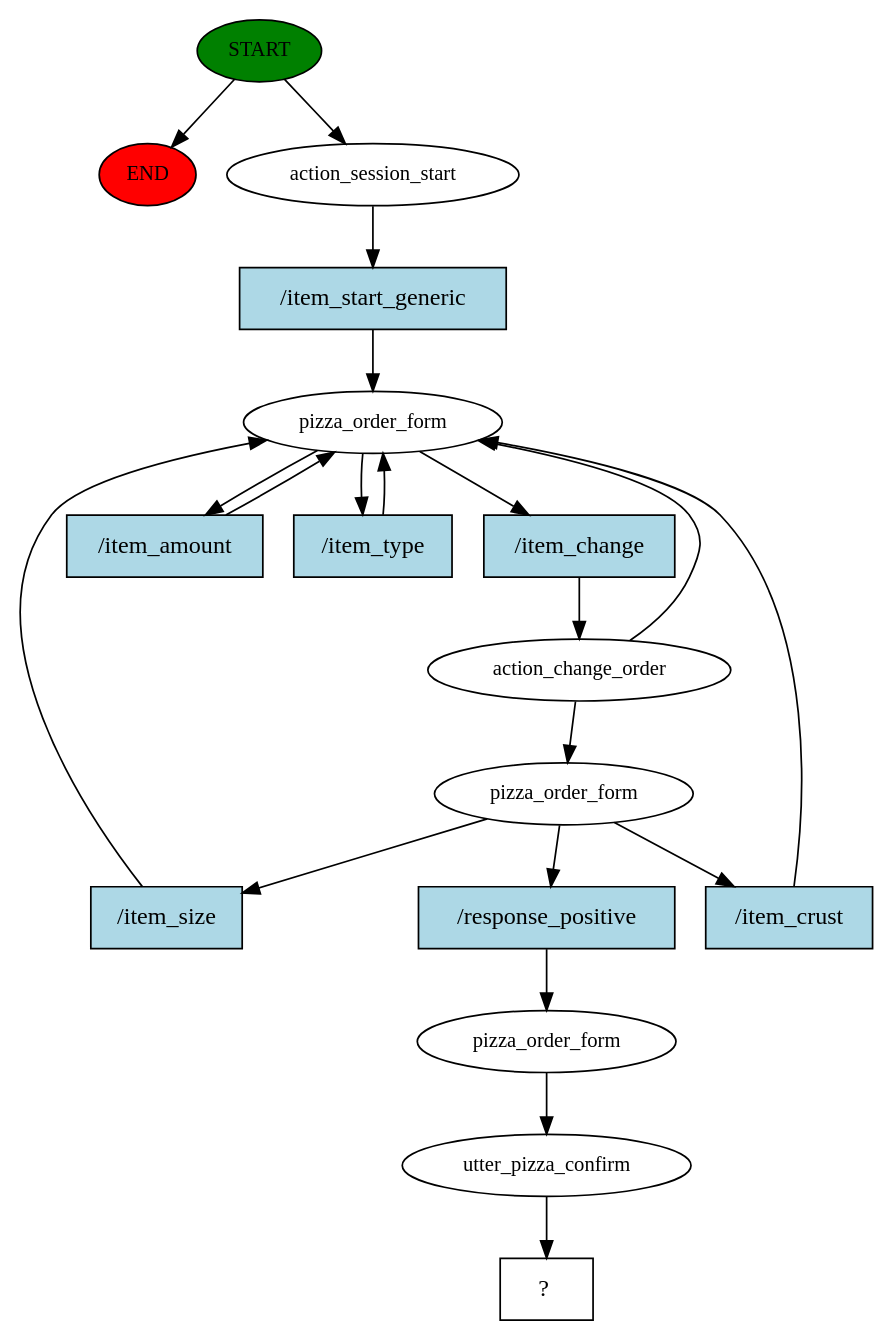
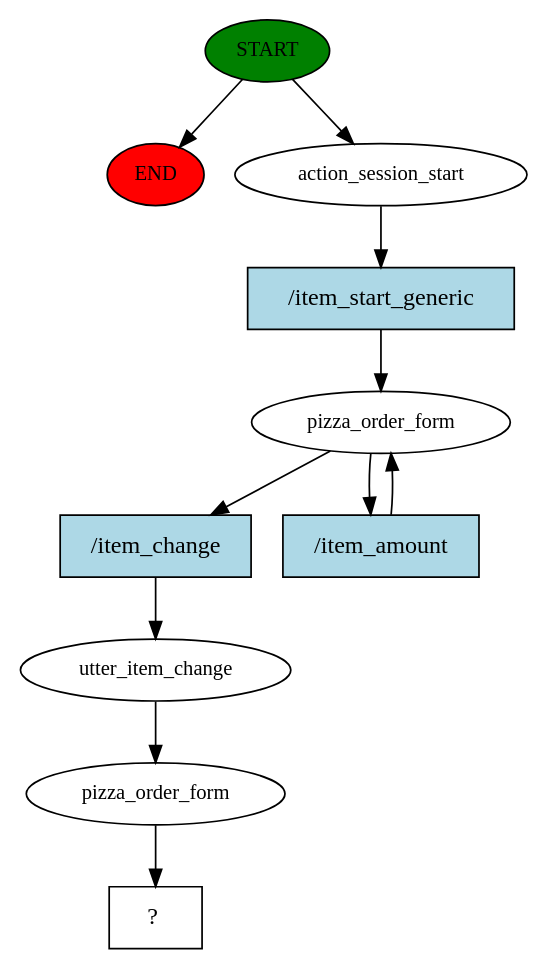
Before and after one commit to pasterzewa/HMD-PizzaBot-project: the diagram in story_graph.dot, drawn with Graphviz. The commit also changed 2184 other files, not shown here.

```diff
--- a/story_graph.dot
+++ b/story_graph.dot
@@ -1,38 +1,22 @@
 digraph  {
 0 [class="start active", fillcolor=green, fontsize=12, label=START, style=filled];
 "-1" [class=end, fillcolor=red, fontsize=12, label=END, style=filled];
 1 [class=active, fontsize=12, label=action_session_start];
 2 [class=active, fontsize=12, label=pizza_order_form];
-4 [class=active, fontsize=12, label=action_change_order];
-8 [class=active, fontsize=12, label=pizza_order_form];
-15 [class=active, fontsize=12, label=pizza_order_form];
-16 [class=active, fontsize=12, label=utter_pizza_confirm];
-17 [class="intent dashed active", label="  ?  ", shape=rect];
-18 [class="intent active", fillcolor=lightblue, label="/item_start_generic", shape=rect, style=filled];
-19 [class="intent active", fillcolor=lightblue, label="/item_change", shape=rect, style=filled];
-20 [class="intent active", fillcolor=lightblue, label="/item_amount", shape=rect, style=filled];
-21 [class="intent active", fillcolor=lightblue, label="/item_type", shape=rect, style=filled];
-22 [class="intent active", fillcolor=lightblue, label="/response_positive", shape=rect, style=filled];
-23 [class="intent active", fillcolor=lightblue, label="/item_size", shape=rect, style=filled];
-24 [class="intent active", fillcolor=lightblue, label="/item_crust", shape=rect, style=filled];
+4 [class=active, fontsize=12, label=utter_item_change];
+5 [class=active, fontsize=12, label=pizza_order_form];
+6 [class="intent dashed active", label="  ?  ", shape=rect];
+7 [class="intent active", fillcolor=lightblue, label="/item_start_generic", shape=rect, style=filled];
+8 [class="intent active", fillcolor=lightblue, label="/item_change", shape=rect, style=filled];
+9 [class="intent active", fillcolor=lightblue, label="/item_amount", shape=rect, style=filled];
 0 -> "-1"  [class="", key=NONE, label=""];
 0 -> 1  [class=active, key=NONE, label=""];
-1 -> 18  [class=active, key=0];
-2 -> 19  [class=active, key=0];
-2 -> 20  [class=active, key=0];
-2 -> 21  [class=active, key=0];
-4 -> 8  [class=active, key=NONE, label=""];
-4 -> 2  [class=active, key=NONE, label=""];
-8 -> 22  [class=active, key=0];
-8 -> 23  [class=active, key=0];
-8 -> 24  [class=active, key=0];
-15 -> 16  [class=active, key=NONE, label=""];
-16 -> 17  [class=active, key=NONE, label=""];
-18 -> 2  [class=active, key=0];
-19 -> 4  [class=active, key=0];
-20 -> 2  [class=active, key=0];
-21 -> 2  [class=active, key=0];
-22 -> 15  [class=active, key=0];
-23 -> 2  [class=active, key=0];
-24 -> 2  [class=active, key=0];
+1 -> 7  [class=active, key=0];
+2 -> 8  [class=active, key=0];
+2 -> 9  [class=active, key=0];
+4 -> 5  [class=active, key=NONE, label=""];
+5 -> 6  [class=active, key=NONE, label=""];
+7 -> 2  [class=active, key=0];
+8 -> 4  [class=active, key=0];
+9 -> 2  [class=active, key=0];
 }
```
